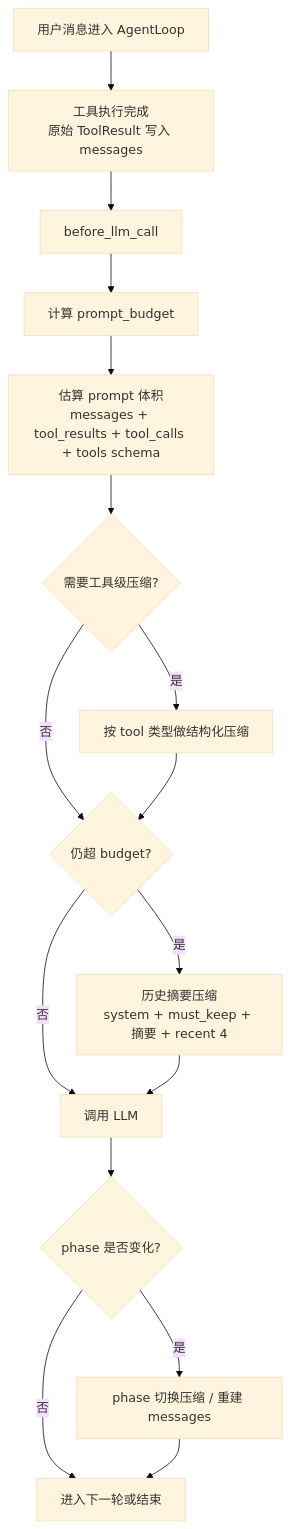
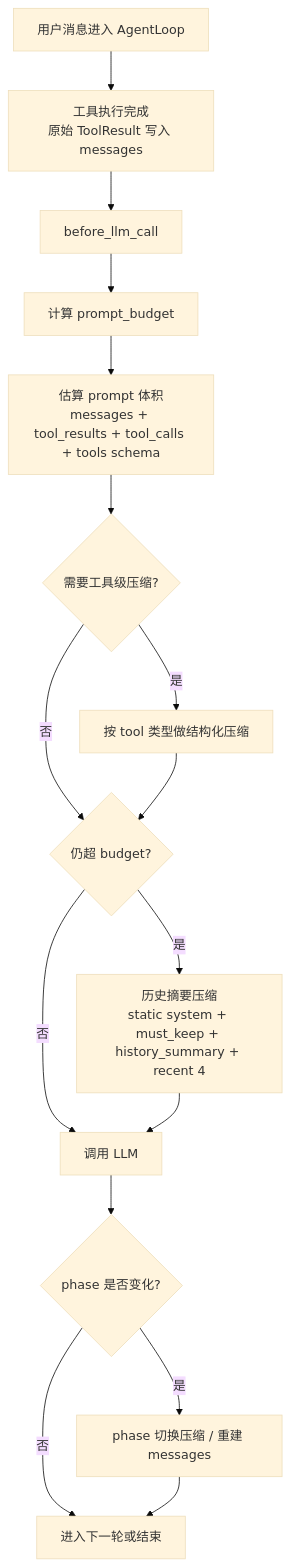
Before and after one commit to melonxi/travel_agent_pro: the first of 5 diagrams in docs/context-aware-compaction-implementation.md, drawn with Mermaid (base theme). The commit also changed other lines of this file and 6 other files, not shown here.

````diff
--- a/docs/context-aware-compaction-implementation.md
+++ b/docs/context-aware-compaction-implementation.md
@@ -33,18 +33,18 @@
 ```mermaid
 flowchart TD
     A["用户消息进入 AgentLoop"] --> B["工具执行完成<br/>原始 ToolResult 写入 messages"]
     B --> C["before_llm_call"]
     C --> D["计算 prompt_budget"]
     D --> E["估算 prompt 体积<br/>messages + tool_results + tool_calls + tools schema"]
     E --> F{"需要工具级压缩?"}
     F -- 否 --> G{"仍超 budget?"}
     F -- 是 --> H["按 tool 类型做结构化压缩"]
     H --> G
     G -- 否 --> I["调用 LLM"]
-    G -- 是 --> J["历史摘要压缩<br/>system + must_keep + 摘要 + recent 4"]
+    G -- 是 --> J["历史摘要压缩<br/>static system + must_keep + history_summary + recent 4"]
     J --> I
     I --> K{"phase 是否变化?"}
     K -- 否 --> L["进入下一轮或结束"]
     K -- 是 --> M["phase 切换压缩 / 重建 messages"]
     M --> L
 ```
````
